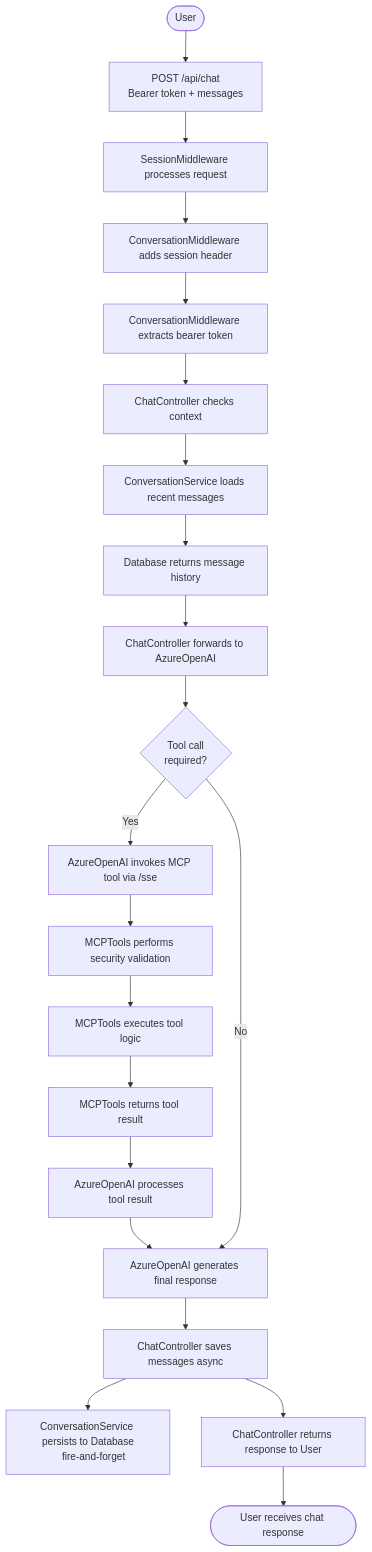
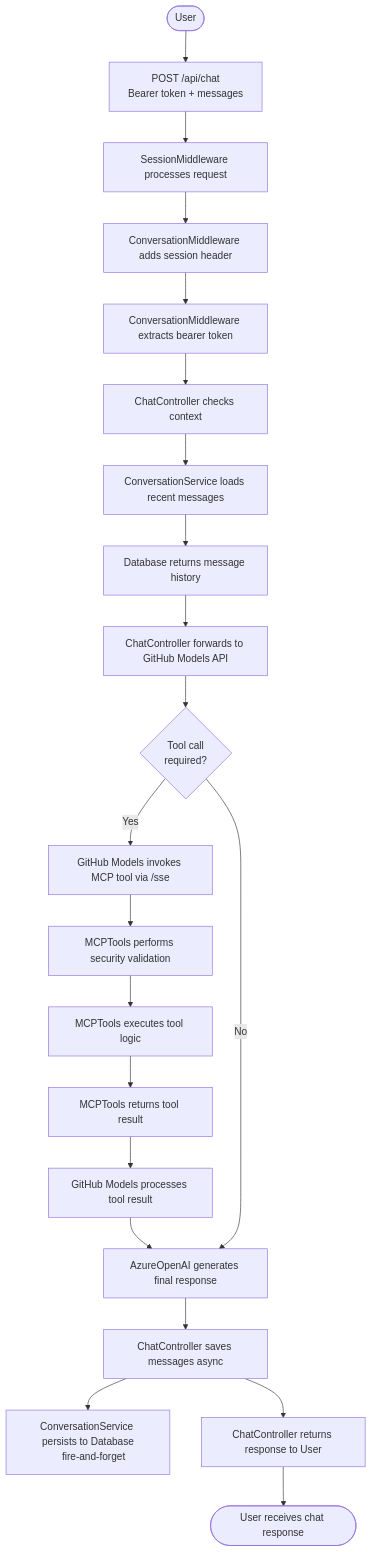
Before and after one commit to TNHH0704/MCP-Server-for-Vehicle-Query-v2: the fourth of 8 diagrams in Docs/ARCHITECTURE.md, drawn with Mermaid. The commit also changed other lines of this file and 3 other files, not shown here.

````diff
--- a/Docs/ARCHITECTURE.md
+++ b/Docs/ARCHITECTURE.md
@@ -283,26 +280,26 @@
 ```mermaid
 flowchart TD
     Start([User]) --> A["POST /api/chat
     Bearer token + messages"]
     A --> B[SessionMiddleware processes request]
     B --> C[ConversationMiddleware adds session header]
     C --> D[ConversationMiddleware extracts bearer token]
     D --> E[ChatController checks context]
     E --> F[ConversationService loads recent messages]
     F --> G[Database returns message history]
-    G --> H[ChatController forwards to AzureOpenAI]
+    G --> H[ChatController forwards to GitHub Models API]
     H --> I{"Tool call
     required?"}
-    I -->|Yes| J[AzureOpenAI invokes MCP tool via /sse]
+    I -->|Yes| J[GitHub Models invokes MCP tool via /sse]
     J --> K[MCPTools performs security validation]
     K --> L[MCPTools executes tool logic]
     L --> M[MCPTools returns tool result]
-    M --> N[AzureOpenAI processes tool result]
+    M --> N[GitHub Models processes tool result]
     N --> O[AzureOpenAI generates final response]
     I -->|No| O
     O --> P[ChatController saves messages async]
     P --> Q["ConversationService persists to Database
     fire-and-forget"]
     P --> R[ChatController returns response to User]
     R --> End([User receives chat response])
 ```
````
